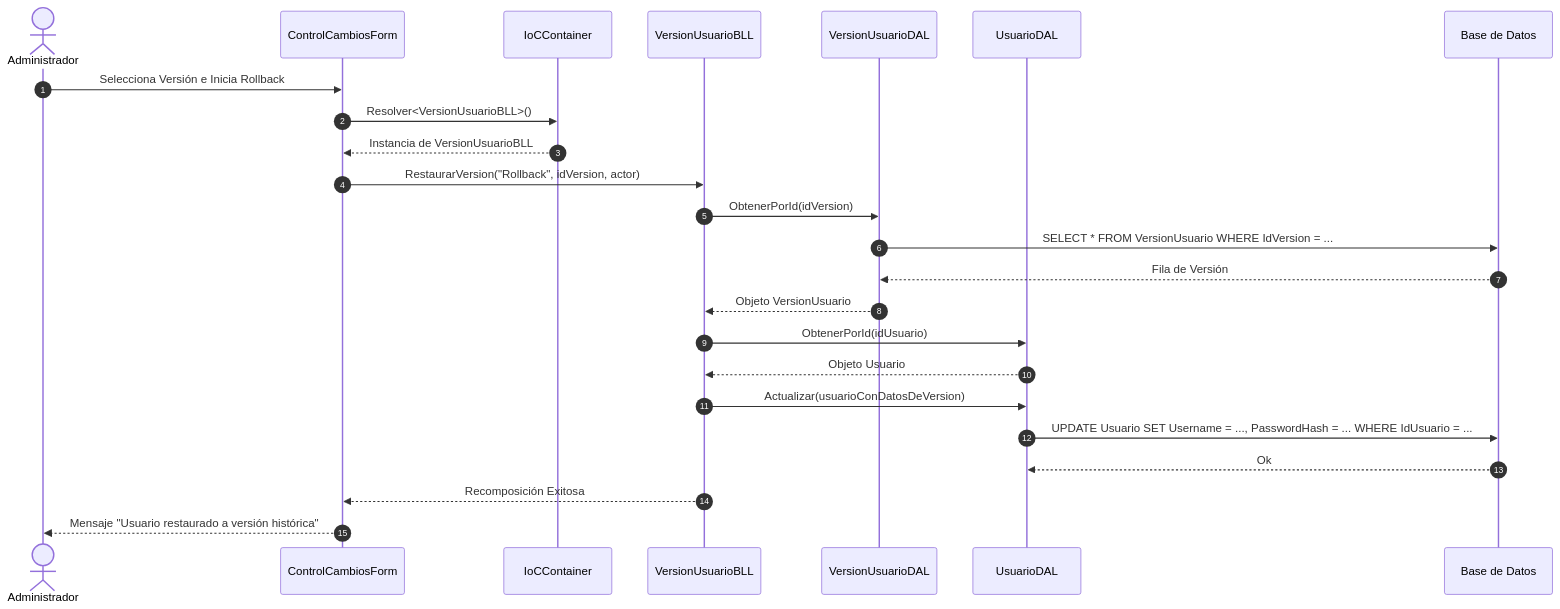
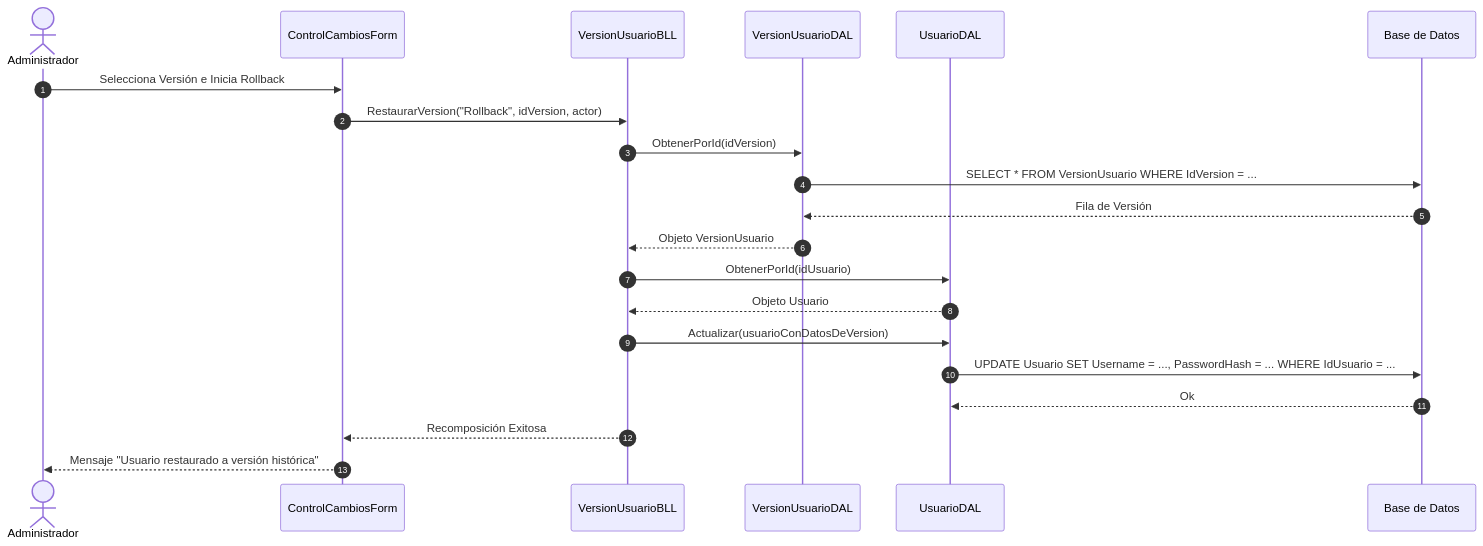
Diagram 16 of 25 in Documentacion/diagrams_code.md (LautiSmyth/Stach), drawn with Mermaid before and after one commit. The commit also changed other lines of this file, not shown here.

Commit message:
Docs: Restructurar codigos de diagramas organizados por Entrega 1 y Entrega 2 de Excel

````diff
--- a/Documentacion/diagrams_code.md
+++ b/Documentacion/diagrams_code.md
@@ -451,27 +409,24 @@
 ```mermaid
 sequenceDiagram
     autonumber
     actor Admin as Administrador
     participant GUI as ControlCambiosForm
-    participant IoC as IoCContainer
     participant BLL as VersionUsuarioBLL
     participant DAL as VersionUsuarioDAL
     participant UDAL as UsuarioDAL
     participant DB as Base de Datos
 
     Admin->>GUI: Selecciona Versión e Inicia Rollback
-    GUI->>IoC: Resolver<VersionUsuarioBLL>()
-    IoC-->>GUI: Instancia de VersionUsuarioBLL
     GUI->>BLL: RestaurarVersion("Rollback", idVersion, actor)
     BLL->>DAL: ObtenerPorId(idVersion)
     DAL->>DB: SELECT * FROM VersionUsuario WHERE IdVersion = ...
     DB-->>DAL: Fila de Versión
     DAL-->>BLL: Objeto VersionUsuario
     BLL->>UDAL: ObtenerPorId(idUsuario)
     UDAL-->>BLL: Objeto Usuario
     BLL->>UDAL: Actualizar(usuarioConDatosDeVersion)
     UDAL->>DB: UPDATE Usuario SET Username = ..., PasswordHash = ... WHERE IdUsuario = ...
     DB-->>UDAL: Ok
     BLL-->>GUI: Recomposición Exitosa
     GUI-->>Admin: Mensaje "Usuario restaurado a versión histórica"
 ```
````
